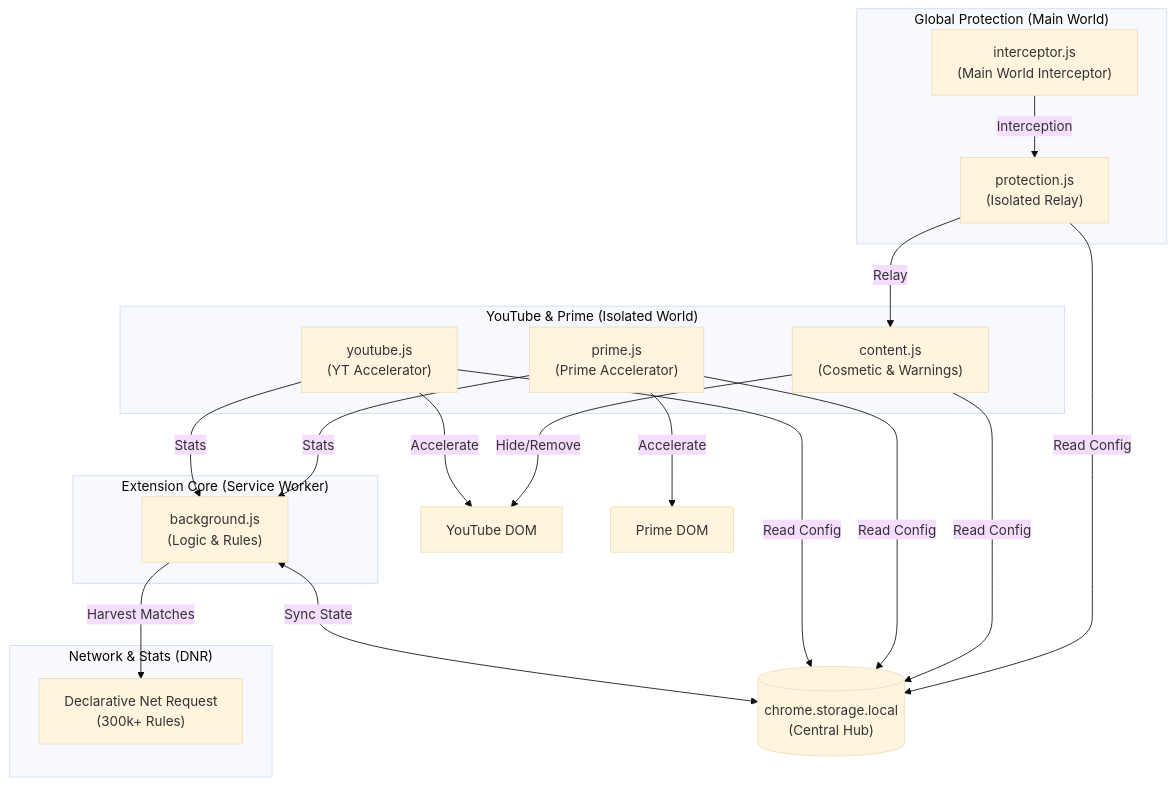
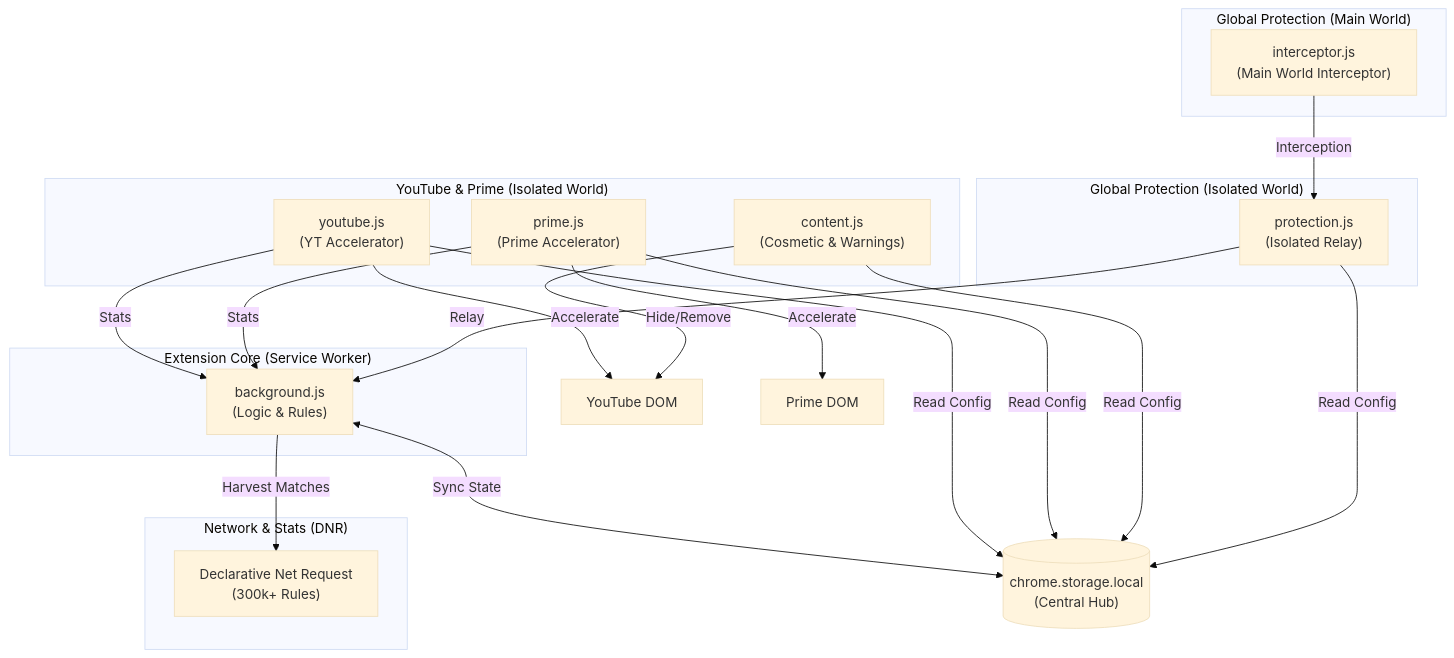
The diagram in README.md (Dabrogost/Chroma-Ad-Blocker), drawn with Mermaid (base theme) before and after one commit. The commit also changed other lines of this file, not shown here.

````diff
--- a/README.md
+++ b/README.md
@@ -25,42 +25,45 @@
 ```mermaid
 graph TD
     subgraph "Extension Core (Service Worker)"
         BS["background.js<br/>(Logic & Rules)"]
     end
 
     STORAGE[("chrome.storage.local<br/>(Central Hub)")]
 
     subgraph "YouTube & Prime (Isolated World)"
         CS_YT["youtube.js<br/>(YT Accelerator)"]
         CS_PV["prime.js<br/>(Prime Accelerator)"]
         CS_GEN["content.js<br/>(Cosmetic & Warnings)"]
     end
 
     subgraph "Global Protection (Main World)"
+        MW_INT["interceptor.js<br/>(Main World Interceptor)"]
+    end
+
+    subgraph "Global Protection (Isolated World)"
         CS_PROT["protection.js<br/>(Isolated Relay)"]
-        MW_INT["interceptor.js<br/>(Main World Interceptor)"]
     end
 
     subgraph "Network & Stats (DNR)"
         DNR["Declarative Net Request<br/>(300k+ Rules)"]
     end
 
     %% Storage & Central Hub
     BS <-->|"Sync State"| STORAGE
     CS_YT -- "Read Config" --> STORAGE
     CS_PV -- "Read Config" --> STORAGE
     CS_GEN -- "Read Config" --> STORAGE
     CS_PROT -- "Read Config" --> STORAGE
 
     %% Feedback & Stats
     CS_YT -- "Stats" --> BS
     CS_PV -- "Stats" --> BS
-    CS_PROT -- "Relay" --> CS_GEN
+    CS_PROT -- "Relay" --> BS
     MW_INT -- "Interception" --> CS_PROT
     BS -- "Harvest Matches" --> DNR
     
     %% Execution
     CS_YT -- "Accelerate" --> DOM_YT["YouTube DOM"]
     CS_PV -- "Accelerate" --> DOM_PV["Prime DOM"]
     CS_GEN -- "Hide/Remove" --> DOM_YT
 ```
````
